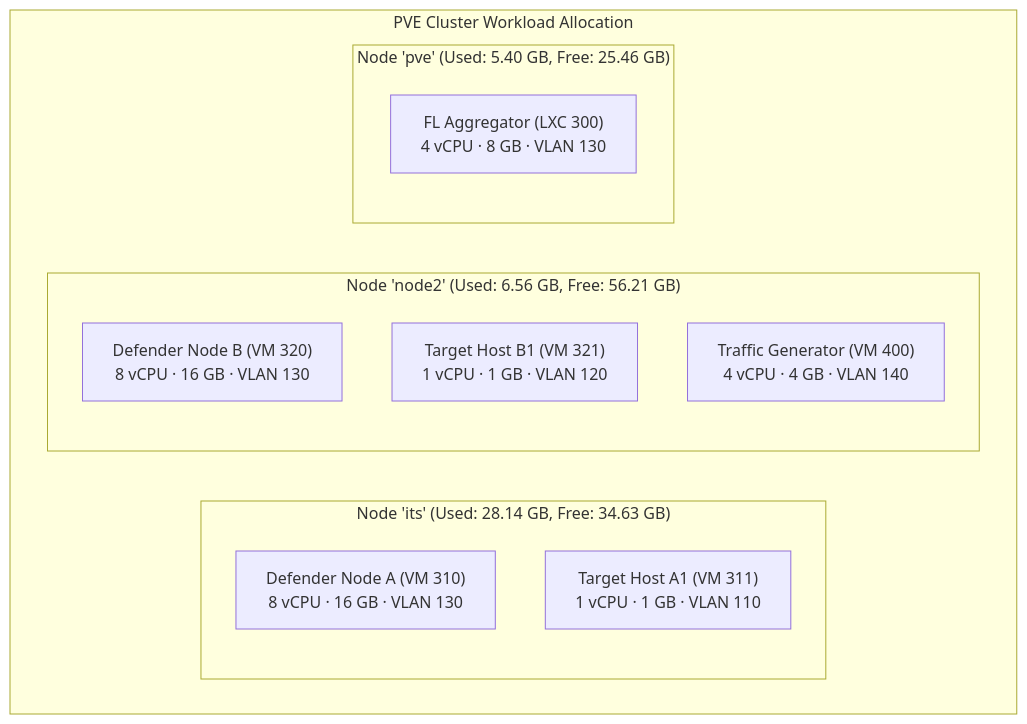
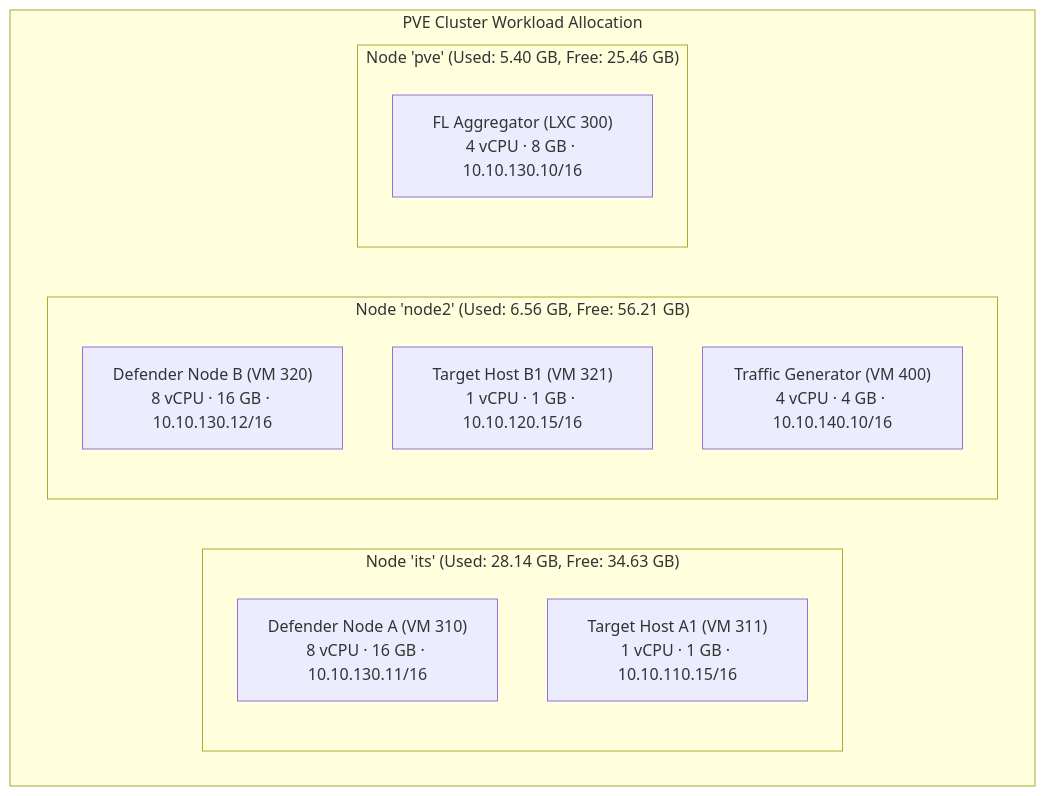
One commit to rhaffle87/fl-cl changed the diagram in docs/03_workarounds.md. Above: the diagram before and after it, drawn with Mermaid. The commit also changed other lines of this file and 19 other files, not shown here.

````diff
--- a/docs/03_workarounds.md
+++ b/docs/03_workarounds.md
@@ -74,19 +69,19 @@
 ```mermaid
 graph TD
     subgraph allocation ["PVE Cluster Workload Allocation"]
         subgraph node_its ["Node 'its' (Used: 28.14 GB, Free: 34.63 GB)"]
-            clientA["Defender Node A (VM 310)<br/>8 vCPU · 16 GB · VLAN 130"]
-            targetA["Target Host A1 (VM 311)<br/>1 vCPU · 1 GB · VLAN 110"]
+            clientA["Defender Node A (VM 310)<br/>8 vCPU · 16 GB · 10.10.130.11/16"]
+            targetA["Target Host A1 (VM 311)<br/>1 vCPU · 1 GB · 10.10.110.15/16"]
         end
 
         subgraph node_node2 ["Node 'node2' (Used: 6.56 GB, Free: 56.21 GB)"]
-            clientB["Defender Node B (VM 320)<br/>8 vCPU · 16 GB · VLAN 130"]
-            targetB["Target Host B1 (VM 321)<br/>1 vCPU · 1 GB · VLAN 120"]
-            trafficGen["Traffic Generator (VM 400)<br/>4 vCPU · 4 GB · VLAN 140"]
+            clientB["Defender Node B (VM 320)<br/>8 vCPU · 16 GB · 10.10.130.12/16"]
+            targetB["Target Host B1 (VM 321)<br/>1 vCPU · 1 GB · 10.10.120.15/16"]
+            trafficGen["Traffic Generator (VM 400)<br/>4 vCPU · 4 GB · 10.10.140.10/16"]
         end
 
         subgraph node_pve ["Node 'pve' (Used: 5.40 GB, Free: 25.46 GB)"]
-            aggregator["FL Aggregator (LXC 300)<br/>4 vCPU · 8 GB · VLAN 130"]
+            aggregator["FL Aggregator (LXC 300)<br/>4 vCPU · 8 GB · 10.10.130.10/16"]
         end
     end
 ```
````
